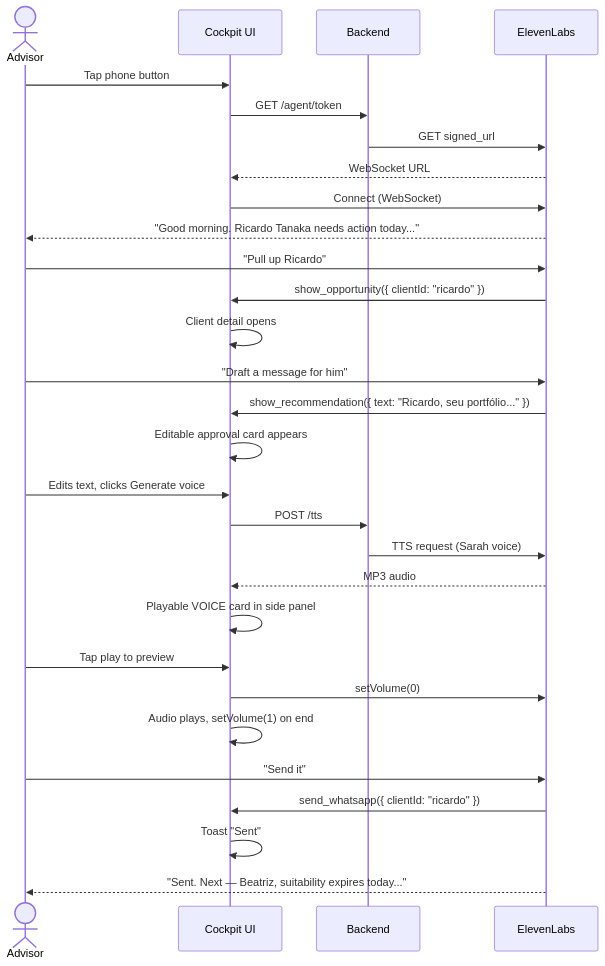
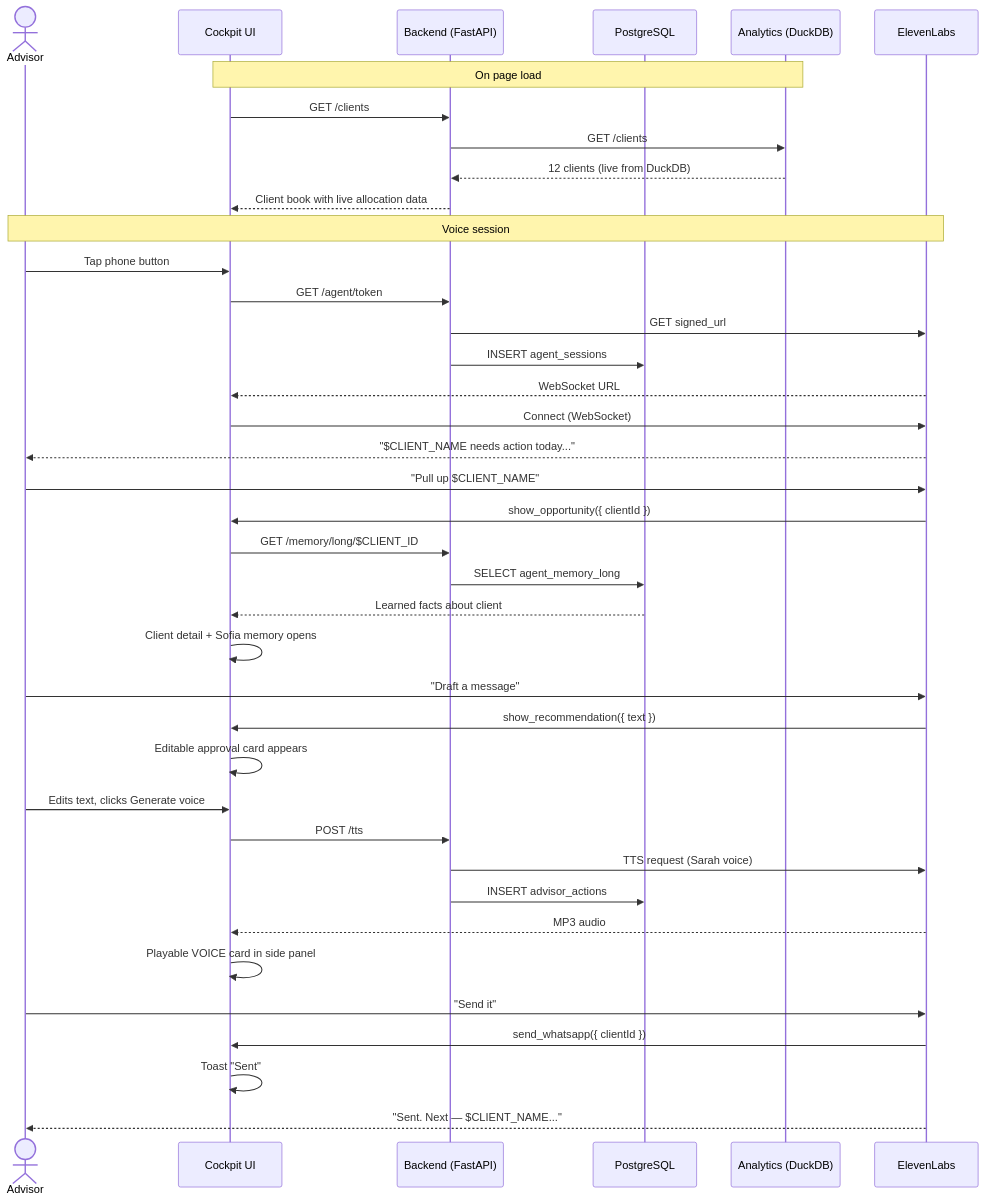
Before and after one commit to thoravieira/wealth-advisor-hub: the second of 2 diagrams in README.md, drawn with Mermaid. The commit also changed 4 other files, not shown here.

````diff
--- a/README.md
+++ b/README.md
@@ -92,37 +92,47 @@
 ```mermaid
 sequenceDiagram
     actor Advisor
     participant UI as Cockpit UI
-    participant Backend
+    participant Back as Backend (FastAPI)
+    participant PG as PostgreSQL
+    participant AN as Analytics (DuckDB)
     participant EL as ElevenLabs
 
+    Note over UI,AN: On page load
+    UI->>Back: GET /clients
+    Back->>AN: GET /clients
+    AN-->>Back: 12 clients (live from DuckDB)
+    Back-->>UI: Client book with live allocation data
+
+    Note over Advisor,EL: Voice session
     Advisor->>UI: Tap phone button
-    UI->>Backend: GET /agent/token
-    Backend->>EL: GET signed_url
+    UI->>Back: GET /agent/token
+    Back->>EL: GET signed_url
+    Back->>PG: INSERT agent_sessions
     EL-->>UI: WebSocket URL
     UI->>EL: Connect (WebSocket)
-    EL-->>Advisor: "Good morning. Ricardo Tanaka needs action today..."
+    EL-->>Advisor: "$CLIENT_NAME needs action today..."
 
-    Advisor->>EL: "Pull up Ricardo"
-    EL->>UI: show_opportunity({ clientId: "ricardo" })
-    UI->>UI: Client detail opens
+    Advisor->>EL: "Pull up $CLIENT_NAME"
+    EL->>UI: show_opportunity({ clientId })
+    UI->>Back: GET /memory/long/$CLIENT_ID
+    Back->>PG: SELECT agent_memory_long
+    PG-->>UI: Learned facts about client
+    UI->>UI: Client detail + Sofia memory opens
 
-    Advisor->>EL: "Draft a message for him"
-    EL->>UI: show_recommendation({ text: "Ricardo, seu portfólio..." })
+    Advisor->>EL: "Draft a message"
+    EL->>UI: show_recommendation({ text })
     UI->>UI: Editable approval card appears
 
     Advisor->>UI: Edits text, clicks Generate voice
-    UI->>Backend: POST /tts
-    Backend->>EL: TTS request (Sarah voice)
+    UI->>Back: POST /tts
+    Back->>EL: TTS request (Sarah voice)
+    Back->>PG: INSERT advisor_actions
     EL-->>UI: MP3 audio
     UI->>UI: Playable VOICE card in side panel
 
-    Advisor->>UI: Tap play to preview
-    UI->>EL: setVolume(0)
-    UI->>UI: Audio plays, setVolume(1) on end
-
     Advisor->>EL: "Send it"
-    EL->>UI: send_whatsapp({ clientId: "ricardo" })
+    EL->>UI: send_whatsapp({ clientId })
     UI->>UI: Toast "Sent"
-    EL-->>Advisor: "Sent. Next — Beatriz, suitability expires today..."
+    EL-->>Advisor: "Sent. Next — $CLIENT_NAME..."
 ```
````
